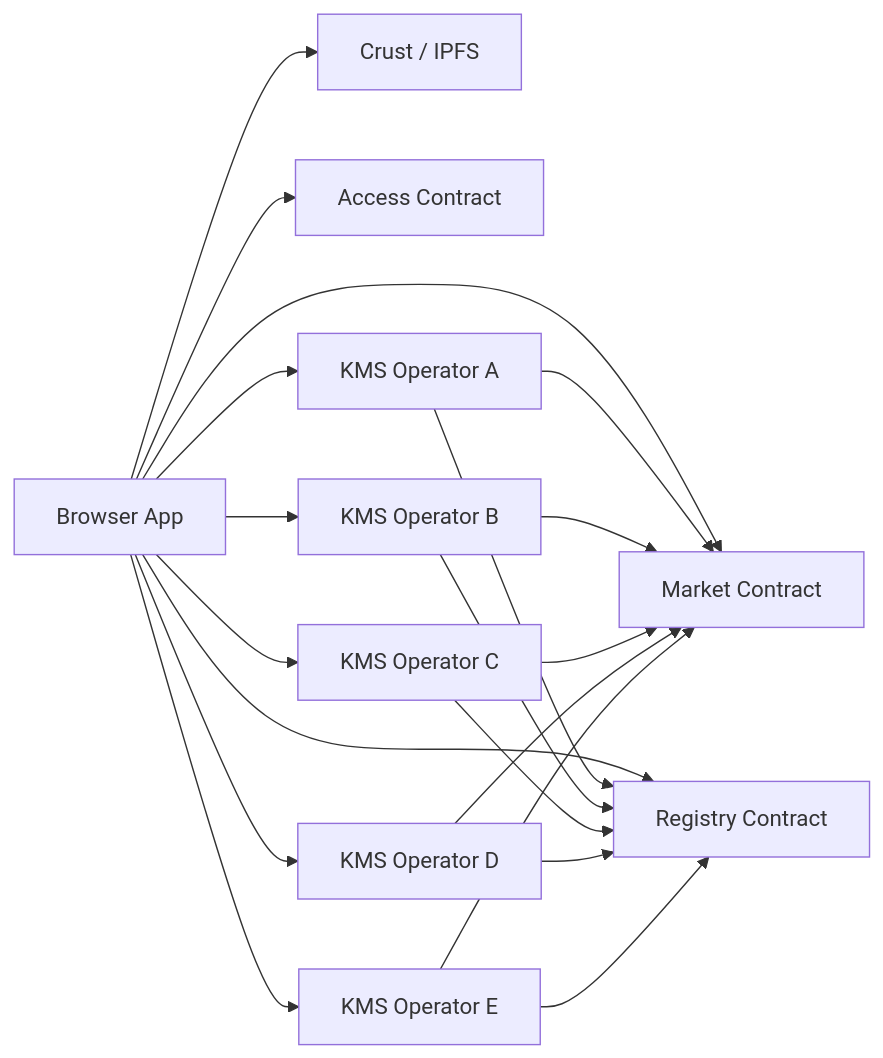
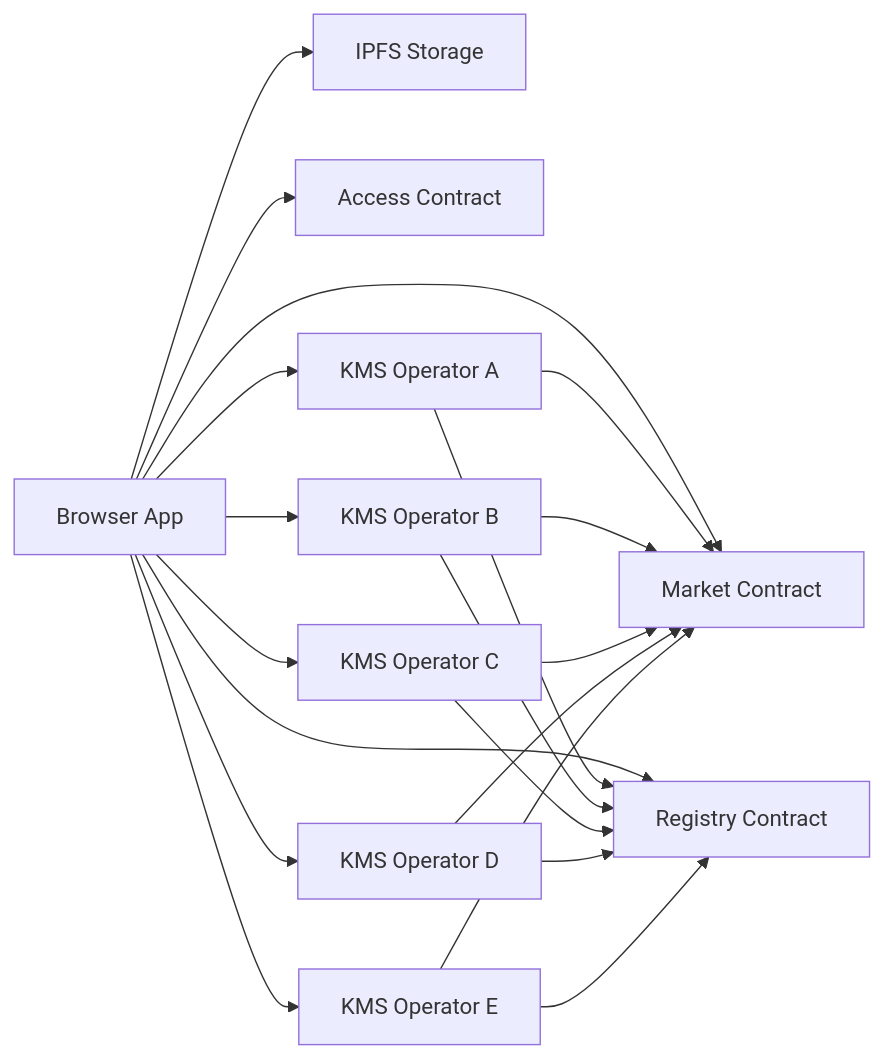
Before and after one commit to 4rmus/youtick: the diagram in docs/architecture/README.md, drawn with Mermaid. The commit also changed other lines of this file and 32 other files, not shown here.

````diff
--- a/docs/architecture/README.md
+++ b/docs/architecture/README.md
@@ -32,25 +32,25 @@
 ```mermaid
 flowchart LR
-    Browser["Browser App"] --> IPFS["Crust / IPFS"]
+    Browser["Browser App"] --> IPFS["IPFS Storage"]
     Browser --> Market["Market Contract"]
     Browser --> Access["Access Contract"]
     Browser --> Registry["Registry Contract"]
 
     Browser --> OpA["KMS Operator A"]
     Browser --> OpB["KMS Operator B"]
     Browser --> OpC["KMS Operator C"]
     Browser --> OpD["KMS Operator D"]
     Browser --> OpE["KMS Operator E"]
 
     OpA --> Registry
     OpB --> Registry
     OpC --> Registry
     OpD --> Registry
     OpE --> Registry
 
     OpA --> Market
     OpB --> Market
     OpC --> Market
     OpD --> Market
     OpE --> Market
 ```
````
